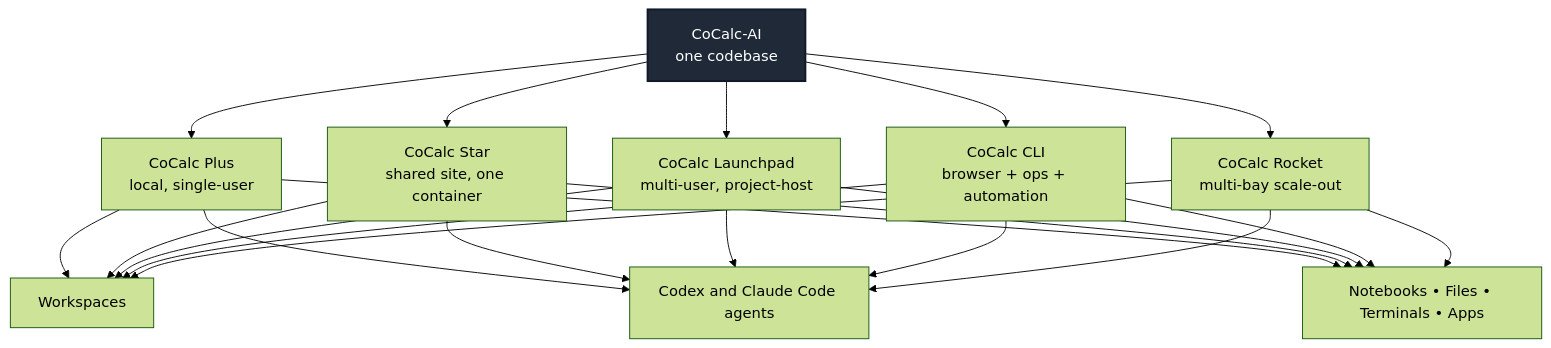
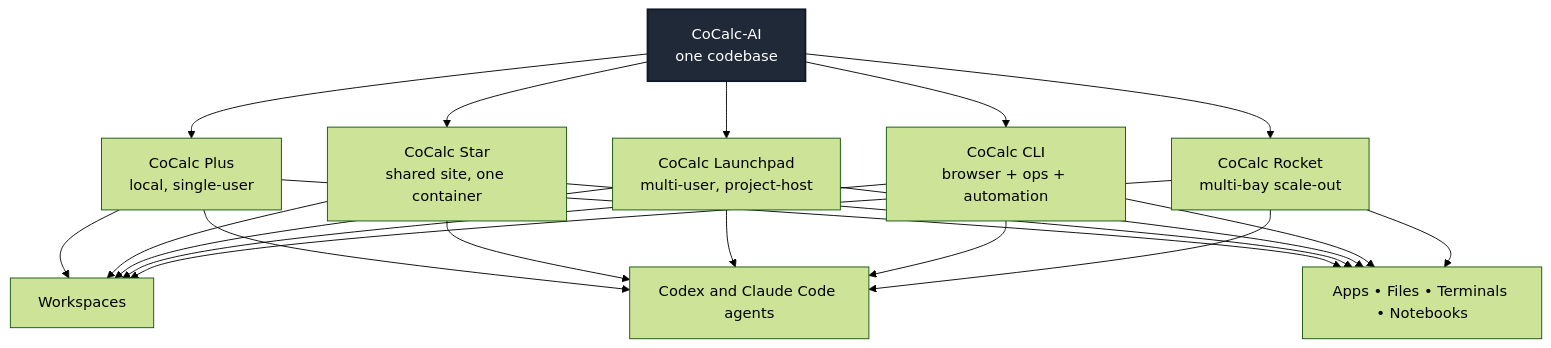
Before and after one commit to sagemathinc/cocalc-ai: the diagram in README.md, drawn with Mermaid (forest theme). The commit also changed other lines of this file, not shown here.

Commit message:
docs: lead repository overview with agent workspaces

````diff
--- a/README.md
+++ b/README.md
@@ -16,30 +18,30 @@
 ```mermaid
 flowchart TD
     A["CoCalc-AI<br/>one codebase"]:::core
 
     A --> P["CoCalc Plus<br/>local, single-user"]
     A --> D["CoCalc Star<br/>shared site, one container"]
     A --> L["CoCalc Launchpad<br/>multi-user, project-host"]
     A --> C["CoCalc CLI<br/>browser + ops + automation"]
     A --> R["CoCalc Rocket<br/>multi-bay scale-out"]
 
     P --> S["Workspaces"]
     D --> S
     L --> S
     C --> S
     R --> S
 
     P --> G["Codex and Claude Code agents"]
     D --> G
     L --> G
     C --> G
     R --> G
 
-    P --> T["Notebooks • Files • Terminals • Apps"]
+    P --> T["Apps • Files • Terminals • Notebooks"]
     D --> T
     L --> T
     C --> T
     R --> T
 
     classDef core fill:#1f2937,color:#fff,stroke:#111827,stroke-width:2px;
 ```
````
